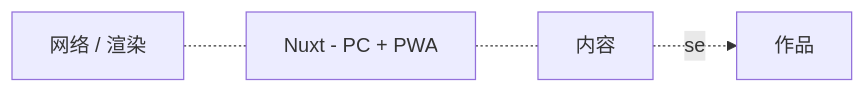
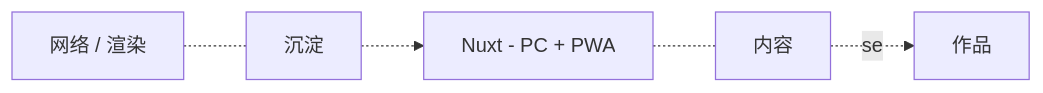
One commit to V3Vl/V3Vl changed the diagram in README.md. Above: the diagram before and after it, drawn with Mermaid.

````diff
--- a/README.md
+++ b/README.md
@@ -29,4 +29,4 @@
 ```mermaid
 graph LR
-    1[网络 / 渲染] -.- 2[Nuxt - PC + PWA] -.- 3[内容] -.seo.-> 4[作品]
+    1[网络 / 渲染] -.- 2[沉淀] -.-> 3[Nuxt - PC + PWA] -.- 4[内容] -.seo.-> 5[作品]
 ```
````
